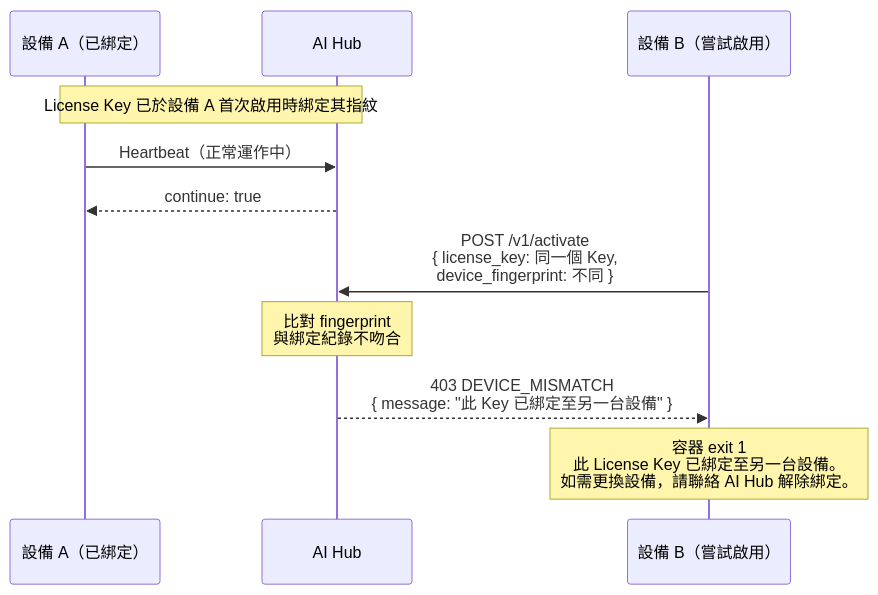
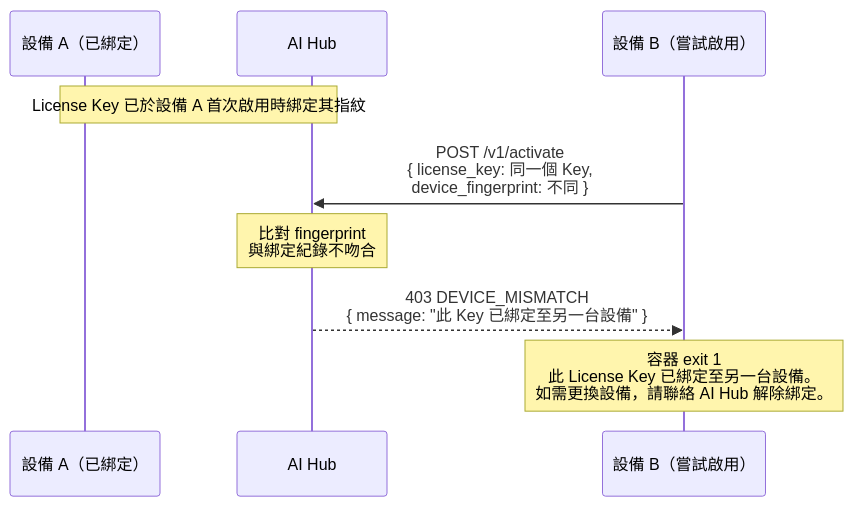
One commit to t200i/footfit changed the second of 2 diagrams in docs/aihub-activation-handshake.md. Above: the diagram before and after it, drawn with Mermaid. The commit also changed other lines of this file and 1 other file, not shown here.

````diff
--- a/docs/aihub-activation-handshake.md
+++ b/docs/aihub-activation-handshake.md
@@ -212,19 +226,16 @@
 ```mermaid
 sequenceDiagram
     participant A as 設備 A（已綁定）
     participant H as AI Hub
     participant B as 設備 B（嘗試啟用）
 
     Note over A,H: License Key 已於設備 A 首次啟用時綁定其指紋
-
-    A->>H: Heartbeat（正常運作中）
-    H-->>A: continue: true
 
     B->>H: POST /v1/activate<br/>{ license_key: 同一個 Key,<br/>  device_fingerprint: 不同 }
 
     Note over H: 比對 fingerprint<br/>與綁定紀錄不吻合
 
     H-->>B: 403 DEVICE_MISMATCH<br/>{ message: "此 Key 已綁定至另一台設備" }
 
     Note over B: 容器 exit 1<br/>此 License Key 已綁定至另一台設備。<br/>如需更換設備，請聯絡 AI Hub 解除綁定。
 ```
````
